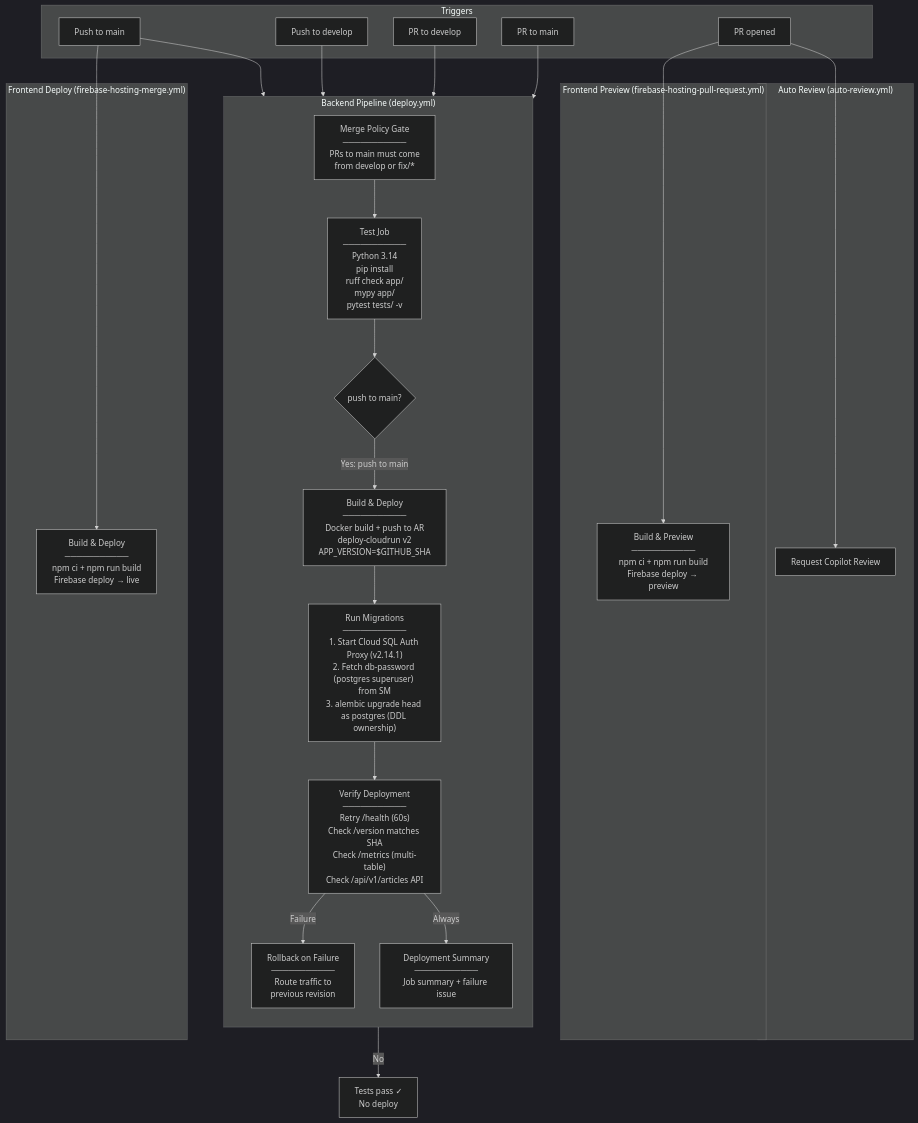
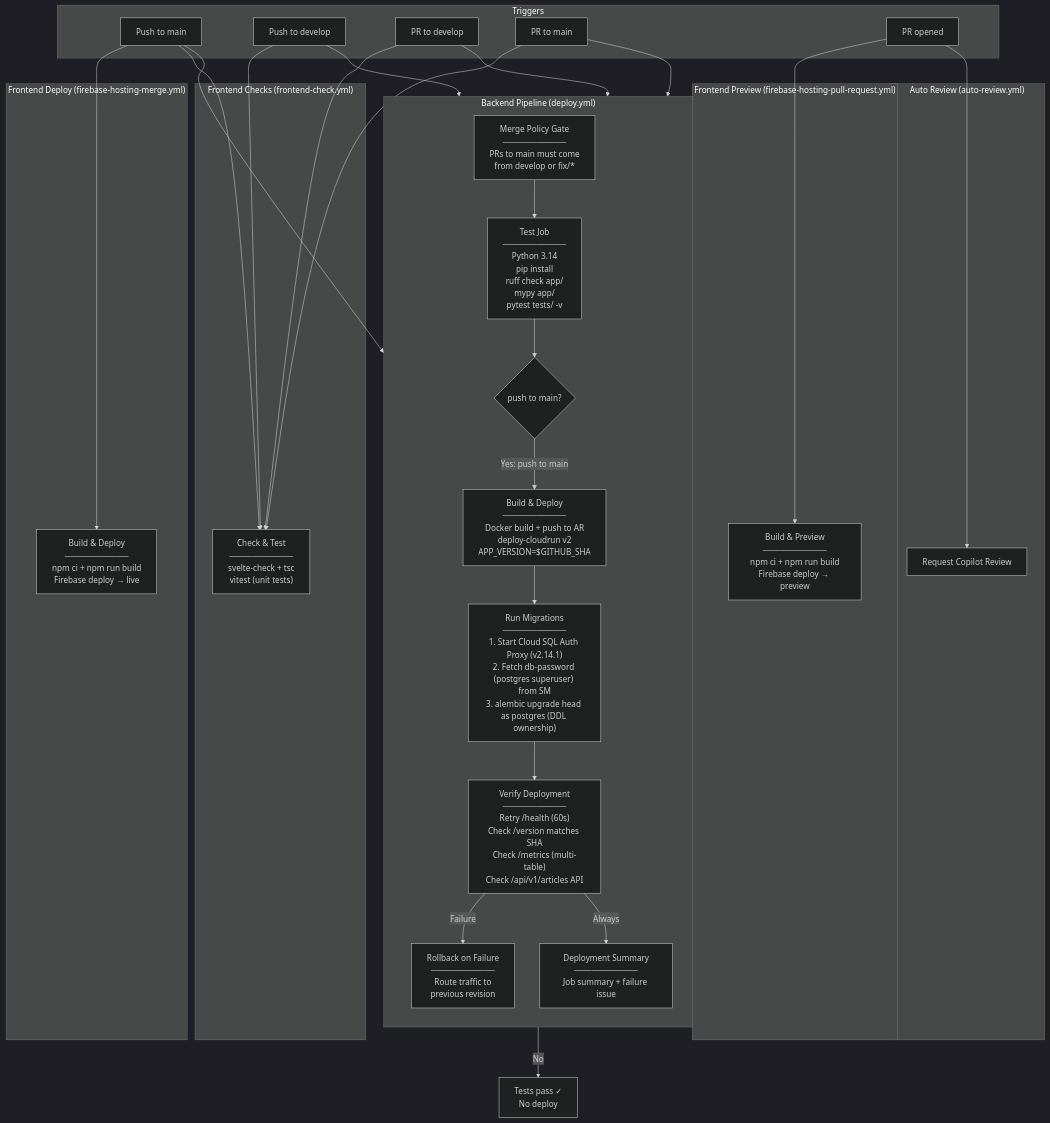
The diagram in docs/CICD_PIPELINE.md (cardox6/aifeelnews), drawn with Mermaid (dark theme) before and after one commit. The commit also changed other lines of this file and 6 other files, not shown here.

````diff
--- a/docs/CICD_PIPELINE.md
+++ b/docs/CICD_PIPELINE.md
@@ -31,55 +31,64 @@
 ```mermaid
 flowchart TB
     subgraph triggers["Triggers"]
         push_main["Push to main"]
         push_develop["Push to develop"]
         pr_develop["PR to develop"]
         pr_main["PR to main"]
         pr_any["PR opened"]
     end
 
     subgraph backend["Backend Pipeline (deploy.yml)"]
         direction TB
         merge_gate["Merge Policy Gate<br/>───────────<br/>PRs to main must come<br/>from develop or fix/*"]
 
         test["Test Job<br/>───────────<br/>Python 3.14<br/>pip install<br/>ruff check app/<br/>mypy app/<br/>pytest tests/ -v"]
 
         deploy_gate{"push to main?"}
 
         migrate["Run Migrations<br/>───────────<br/>1. Start Cloud SQL Auth Proxy (v2.14.1)<br/>2. Fetch db-password (postgres superuser) from SM<br/>3. alembic upgrade head as postgres (DDL ownership)"]
 
         build["Build & Deploy<br/>───────────<br/>Docker build + push to AR<br/>deploy-cloudrun v2<br/>APP_VERSION=$GITHUB_SHA"]
 
         verify["Verify Deployment<br/>───────────<br/>Retry /health (60s)<br/>Check /version matches SHA<br/>Check /metrics (multi-table)<br/>Check /api/v1/articles API"]
 
         rollback["Rollback on Failure<br/>───────────<br/>Route traffic to<br/>previous revision"]
 
         summary["Deployment Summary<br/>───────────<br/>Job summary + failure issue"]
     end
 
     subgraph frontend_merge["Frontend Deploy (firebase-hosting-merge.yml)"]
         fb_build_live["Build & Deploy<br/>───────────<br/>npm ci + npm run build<br/>Firebase deploy → live"]
     end
 
     subgraph frontend_pr["Frontend Preview (firebase-hosting-pull-request.yml)"]
         fb_build_preview["Build & Preview<br/>───────────<br/>npm ci + npm run build<br/>Firebase deploy → preview"]
     end
 
+    subgraph frontend_check["Frontend Checks (frontend-check.yml)"]
+        fc_check["Check & Test<br/>───────────<br/>svelte-check + tsc<br/>vitest (unit tests)"]
+    end
+
     subgraph review["Auto Review (auto-review.yml)"]
         copilot["Request Copilot Review"]
     end
 
     pr_main --> merge_gate --> test
     push_main --> test
     push_develop --> test
     pr_develop --> test
     test --> deploy_gate
     deploy_gate -->|Yes: push to main| build --> migrate --> verify
     verify -->|Failure| rollback
     verify -->|Always| summary
     deploy_gate -->|No| stop["Tests pass ✓<br/>No deploy"]
 
     push_main --> fb_build_live
     pr_any --> fb_build_preview
     pr_any --> copilot
+
+    push_main --> fc_check
+    push_develop --> fc_check
+    pr_develop --> fc_check
+    pr_main --> fc_check
 ```
````
